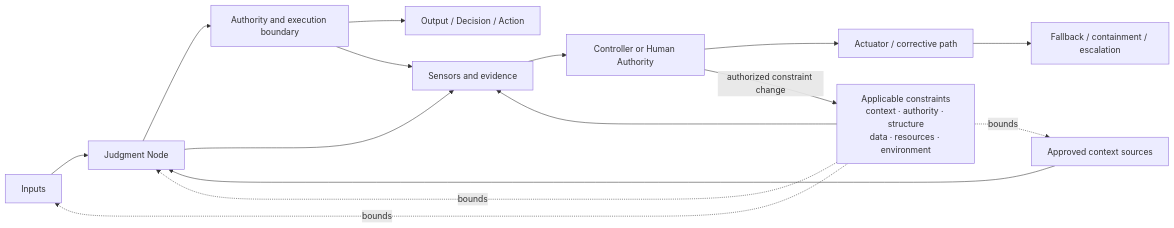
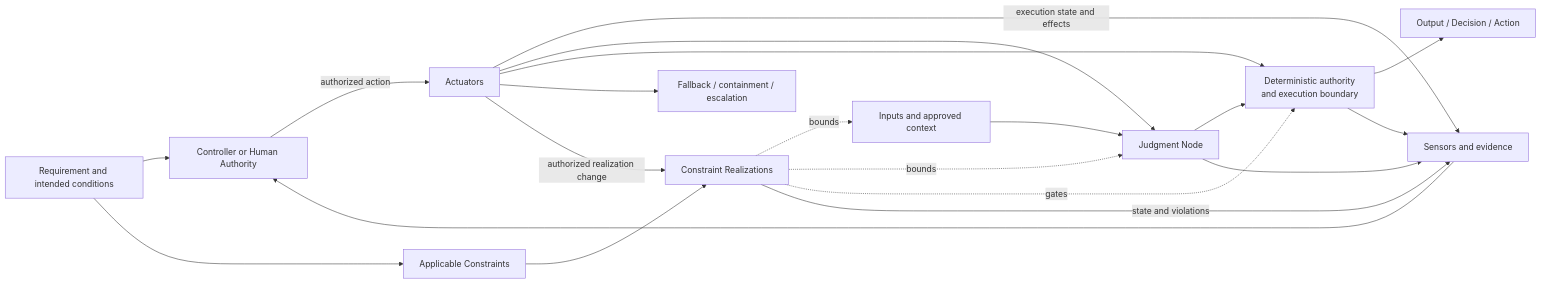
One commit to UncertaintyArchitectureGroup/uncertainty-architecture changed the first of 2 diagrams in 01-patterns/judgment-node-boundary.md. Above: the diagram before and after it, drawn with Mermaid. The commit also changed other lines of this file, not shown here.

Commit message:
docs: align Judgment Node Boundary with corrected capability model

````diff
--- a/01-patterns/judgment-node-boundary.md
+++ b/01-patterns/judgment-node-boundary.md
@@ -104,26 +94,32 @@
 ```mermaid
 flowchart LR
-    IN[Inputs]
-    CTX[Approved context sources]
-    K[Applicable constraints<br/>context · authority · structure<br/>data · resources · environment]
+    R[Requirement and intended conditions]
+    IN[Inputs and approved context]
+    K[Applicable Constraints]
+    KR[Constraint Realizations]
     JN[Judgment Node]
-    AUTH[Authority and execution boundary]
+    AUTH[Deterministic authority<br/>and execution boundary]
     OUT[Output / Decision / Action]
-    EV[Sensors and evidence]
+    S[Sensors and evidence]
     C[Controller or Human Authority]
-    A[Actuator / corrective path]
-    FB[Fallback / containment / escalation]
+    A[Actuators]
+    F[Fallback / containment / escalation]
 
-    IN --> JN
-    CTX --> JN
-    K -. bounds .-> IN
-    K -. bounds .-> CTX
-    K -. bounds .-> JN
-    JN --> AUTH --> OUT
-    JN --> EV
-    AUTH --> EV
-    K --> EV
-    EV --> C --> A
-    A --> FB
-    C -->|authorized constraint change| K
+    R --> C
+    R --> K
+    K --> KR
+    KR -. bounds .-> IN
+    KR -. bounds .-> JN
+    KR -. gates .-> AUTH
+    IN --> JN --> AUTH --> OUT
+    JN --> S
+    AUTH --> S
+    KR -->|state and violations| S
+    A -->|execution state and effects| S
+    S --> C
+    C -->|authorized action| A
+    A --> JN
+    A --> AUTH
+    A --> F
+    A -->|authorized realization change| KR
 ```
````
